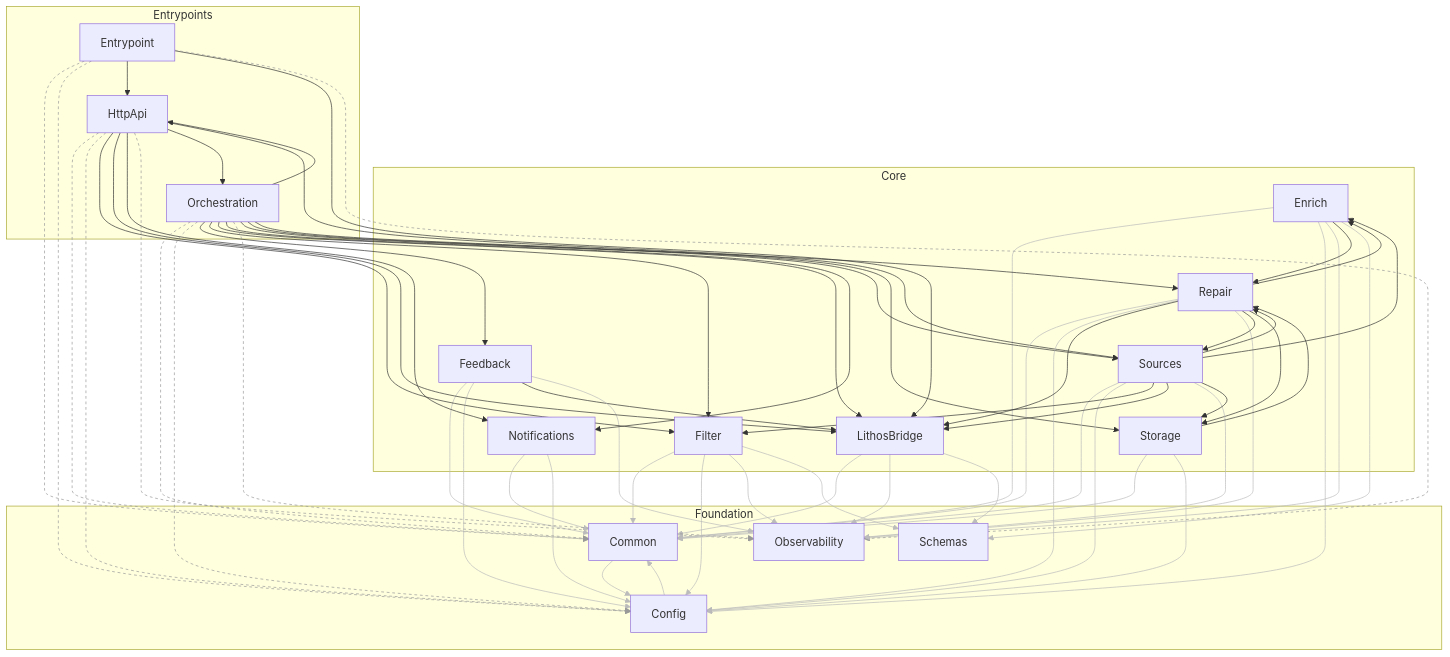
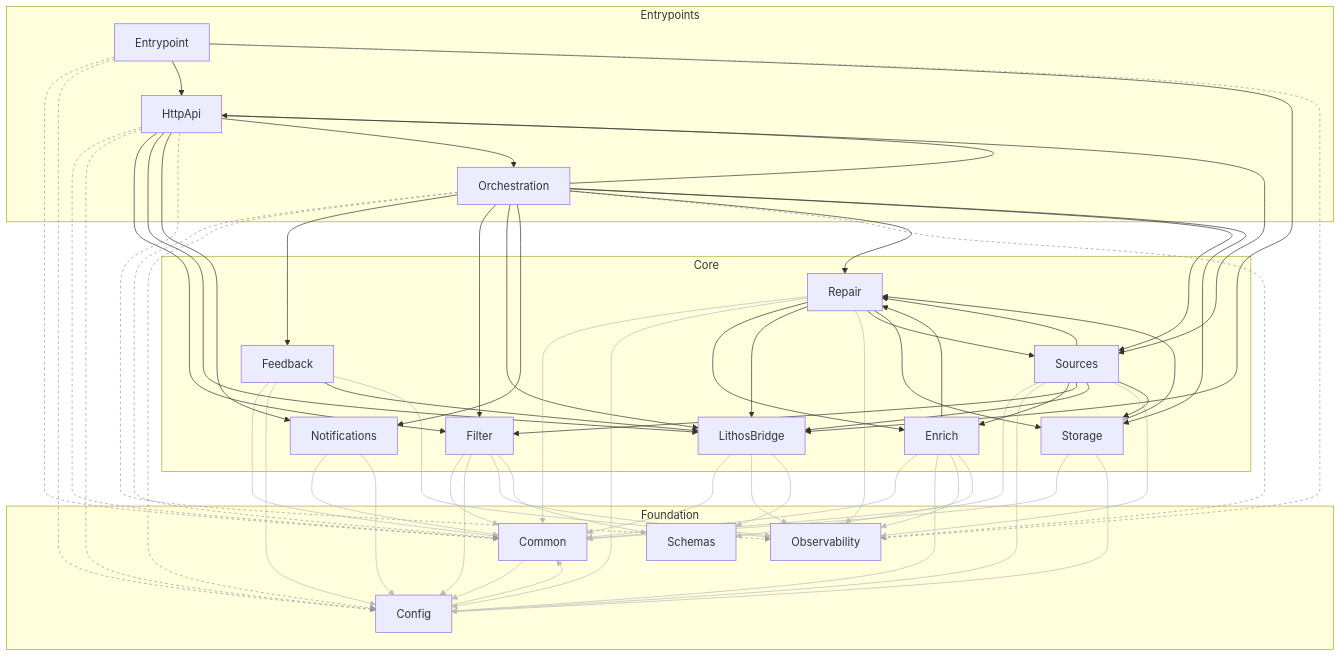
The diagram in docs/generated/architecture.md (agent-lore/influx), drawn with Mermaid before and after one commit. The commit also changed other lines of this file and 17 other files, not shown here.

````diff
--- a/docs/generated/architecture.md
+++ b/docs/generated/architecture.md
@@ -6,5 +6,10 @@
 ```mermaid
 graph TD
+  subgraph tier_Entrypoints["Entrypoints"]
+    Entrypoint
+    HttpApi
+    Orchestration
+  end
   subgraph tier_Core["Core"]
     Enrich
     Feedback
@@ -14,11 +19,6 @@
     Repair
     Sources
     Storage
-  end
-  subgraph tier_Entrypoints["Entrypoints"]
-    Entrypoint
-    HttpApi
-    Orchestration
   end
   subgraph tier_Foundation["Foundation"]
     Common
````
